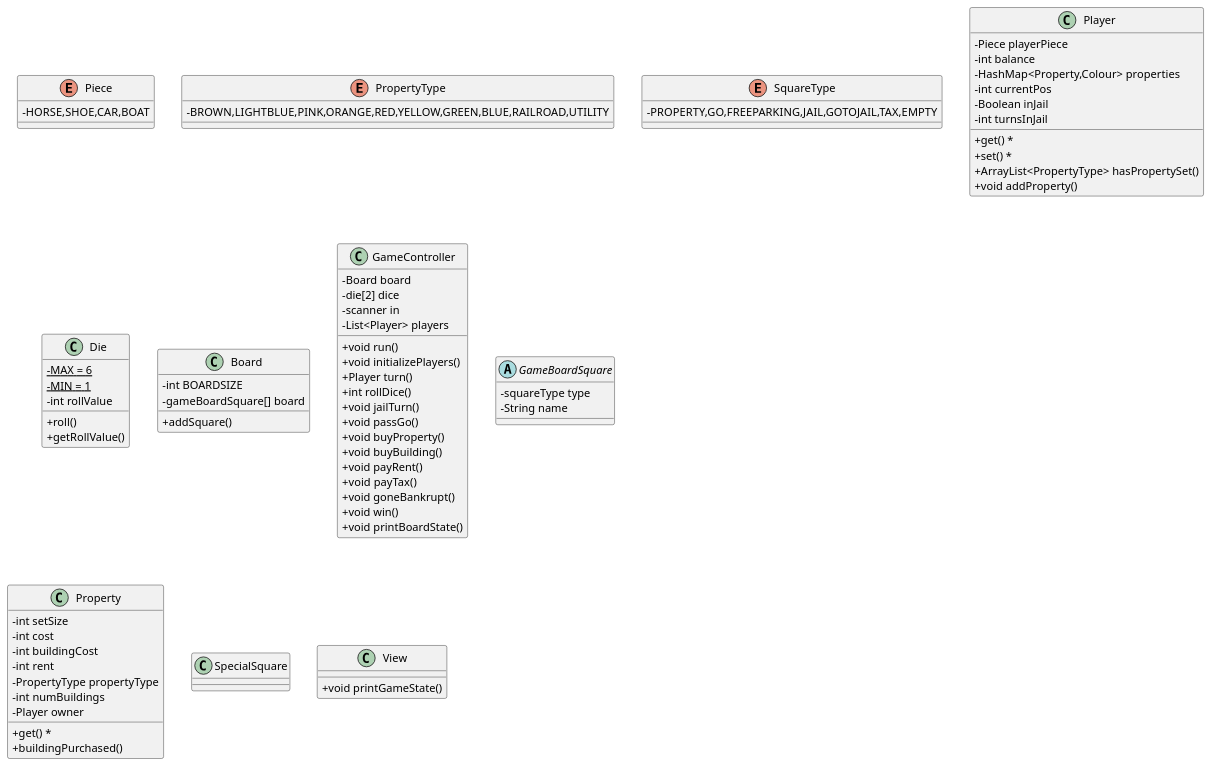
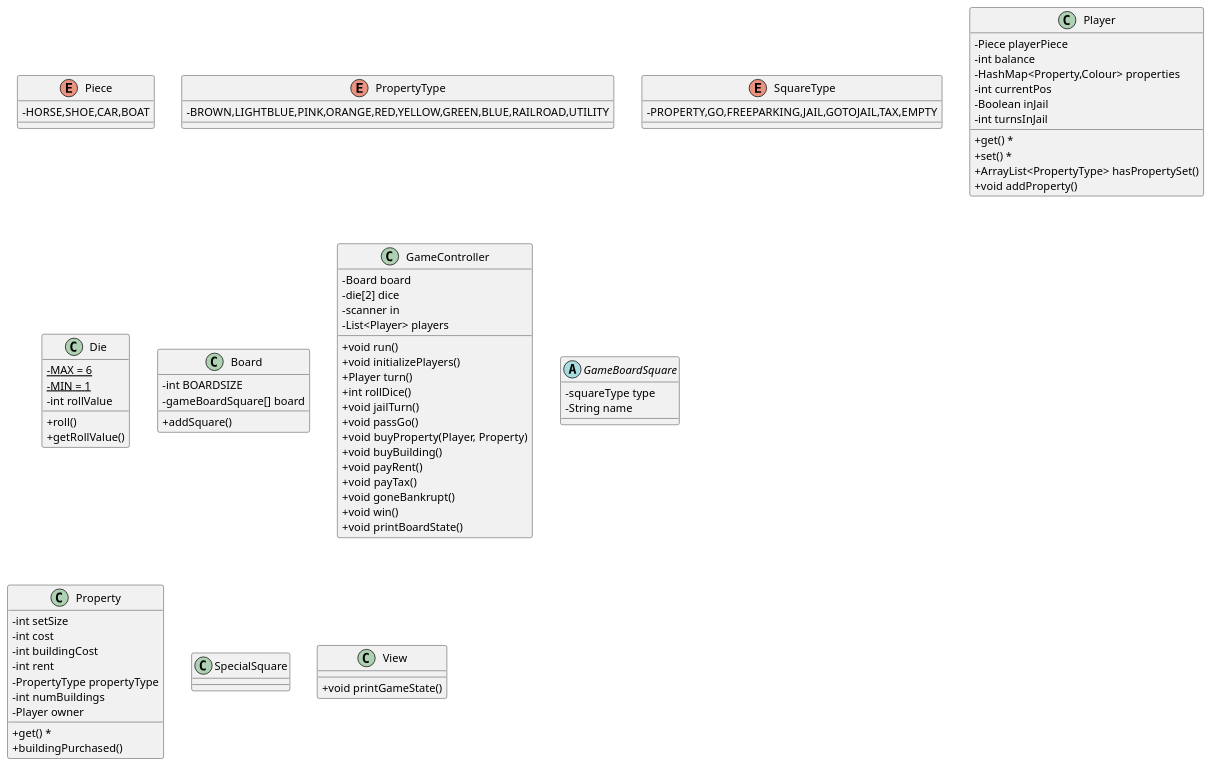
One commit to Everfeather/monopoly_12 changed the diagram in src/UML.puml. Above: the diagram before and after it, drawn with PlantUML. The commit also changed 1 other file, not shown here.

Commit message:
adding win and buyProperty funcs to the game controller

```diff
--- a/src/UML.puml
+++ b/src/UML.puml
@@ -1,101 +1,101 @@
 @startuml
 
 'https://plantuml.com/class-diagram
 skinparam classAttributeIconSize 0
 
 
 'Property -|> GameBoardSquare
 'Property --> PropertyType
 
 'Player -> Piece
 
 'SpecialSquare --up|> GameBoardSquare
 
 'GameBoardSquare -> SquareType
 
 enum Piece{
     -HORSE,SHOE,CAR,BOAT
 }
 
 enum PropertyType{
     -BROWN,LIGHTBLUE,PINK,ORANGE,RED,YELLOW,GREEN,BLUE,RAILROAD,UTILITY
 }
 
 enum SquareType{
     -PROPERTY,GO,FREEPARKING,JAIL,GOTOJAIL,TAX,EMPTY
 }
 
 class Player{
     -Piece playerPiece
     -int balance
     -HashMap<Property,Colour> properties
     -int currentPos
     -Boolean inJail
     -int turnsInJail
     + get() *
     + set() *
     + ArrayList<PropertyType> hasPropertySet()
     + void addProperty()
 }
 
 class Die{
     - {static} MAX = 6
     - {static} MIN = 1
     -int rollValue
     +roll()
     +getRollValue()
 }
 
 class Board{
     - int BOARDSIZE
     - gameBoardSquare[] board
     + addSquare()
 }
 
 class GameController{
     -Board board
     -die[2] dice
     -scanner in
     -List<Player> players
     +void run()
     +void initializePlayers()
     +Player turn()
     +int rollDice()
     +void jailTurn()
     +void passGo()
-    +void buyProperty()
+    +void buyProperty(Player, Property)
     +void buyBuilding()
     +void payRent()
     +void payTax()
     +void goneBankrupt()
     +void win()
     +void printBoardState()
 
 }
 
 abstract class GameBoardSquare{
     -squareType type
     -String name
 }
 
 class Property {
     -int setSize
     -int cost
     -int buildingCost
     -int rent
     -PropertyType propertyType
     -int numBuildings
     -Player owner
     +get() *
     +buildingPurchased()
 
 }
 
 class SpecialSquare{
 
 }
 
 class View{
     +void printGameState()
 }
 @enduml
```
